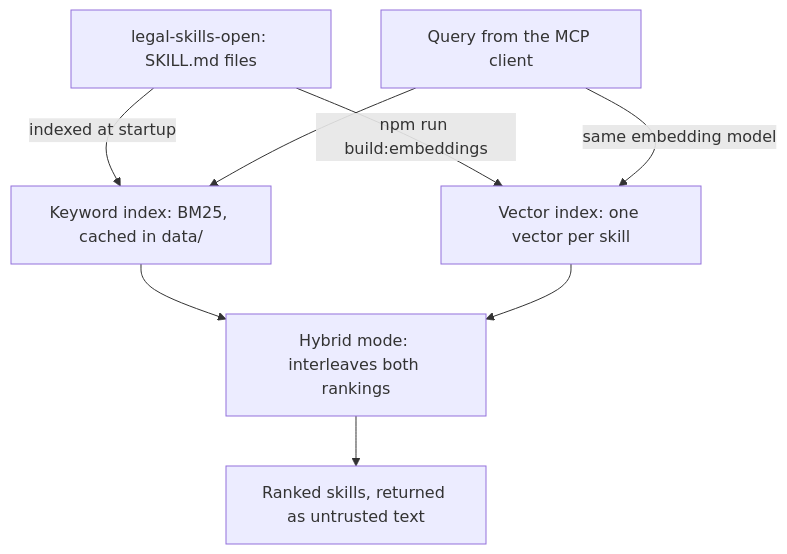
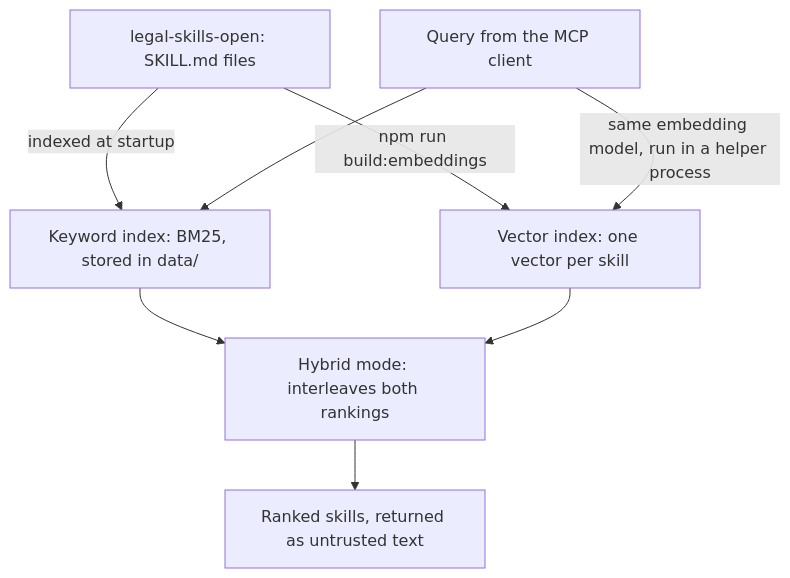
Before and after one commit to T-Celor/legal-skills-mcp: the diagram in README.md, drawn with Mermaid. The commit also changed other lines of this file and 21 other files, not shown here.

First line of the commit message:
Keep the index on disk and run the embedding model in a helper process

````diff
--- a/README.md
+++ b/README.md
@@ -59,17 +60,17 @@
 ```mermaid
 flowchart TD
     library["legal-skills-open: SKILL.md files"]
     query["Query from the MCP client"]
-    keyword["Keyword index: BM25, cached in data/"]
+    keyword["Keyword index: BM25, stored in data/"]
     vectors["Vector index: one vector per skill"]
     hybrid["Hybrid mode: interleaves both rankings"]
     results["Ranked skills, returned as untrusted text"]
 
     library -->|"indexed at startup"| keyword
     library -->|"npm run build:embeddings"| vectors
     query --> keyword
-    query -->|"same embedding model"| vectors
+    query -->|"same embedding model, run in a helper process"| vectors
     keyword --> hybrid
     vectors --> hybrid
     hybrid --> results
 ```
````
